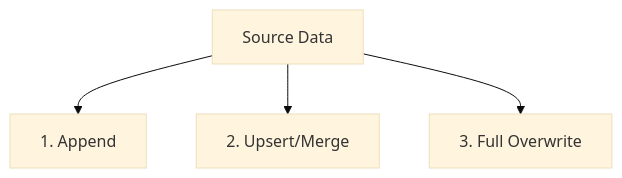
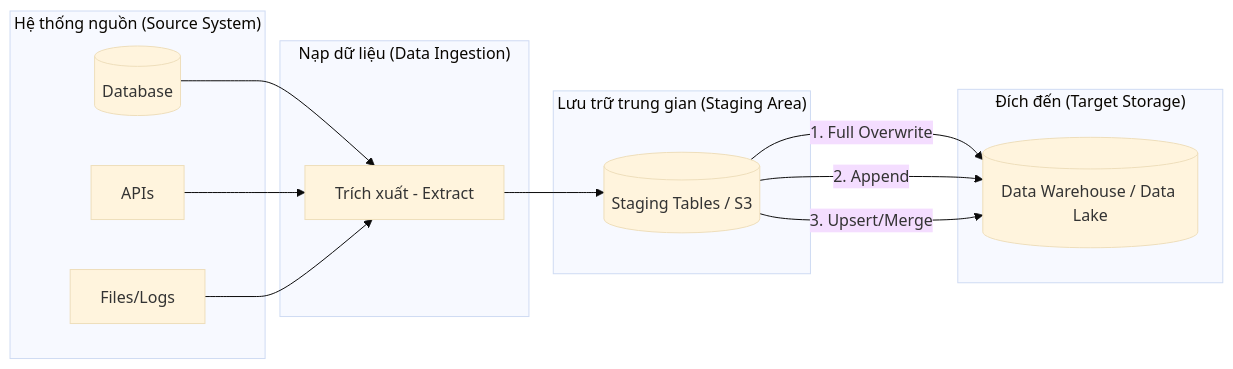
Before and after one commit to kythuatdulieu/kythuatdulieu.github.io: the diagram in src/content/docs/concepts/data-loading.md, drawn with Mermaid (base theme). The commit also changed other lines of this file and 179 other files, not shown here.

Commit message:
fix: build error and mermaid theme

````diff
--- a/src/content/docs/concepts/data-loading.md
+++ b/src/content/docs/concepts/data-loading.md
@@ -69,6 +47,28 @@
 ```mermaid
-graph TD
-    Source[Source Data] --> Strat1[1. Append]
-    Source --> Strat2[2. Upsert/Merge]
-    Source --> Strat3[3. Full Overwrite]
+graph LR
+    subgraph SourceSystem ["Hệ thống nguồn (Source System)"]
+        DB[(Database)]
+        API[APIs]
+        Logs[Files/Logs]
+    end
+
+    subgraph Ingestion ["Nạp dữ liệu (Data Ingestion)"]
+        Extract[Trích xuất - Extract]
+    end
+
+    subgraph Storage ["Lưu trữ trung gian (Staging Area)"]
+        Stage[(Staging Tables / S3)]
+    end
+
+    subgraph Target ["Đích đến (Target Storage)"]
+        DW[(Data Warehouse / Data Lake)]
+    end
+
+    DB --> Extract
+    API --> Extract
+    Logs --> Extract
+    Extract --> Stage
+    Stage -->|1. Full Overwrite| DW
+    Stage -->|2. Append| DW
+    Stage -->|3. Upsert/Merge| DW
 ```
````
